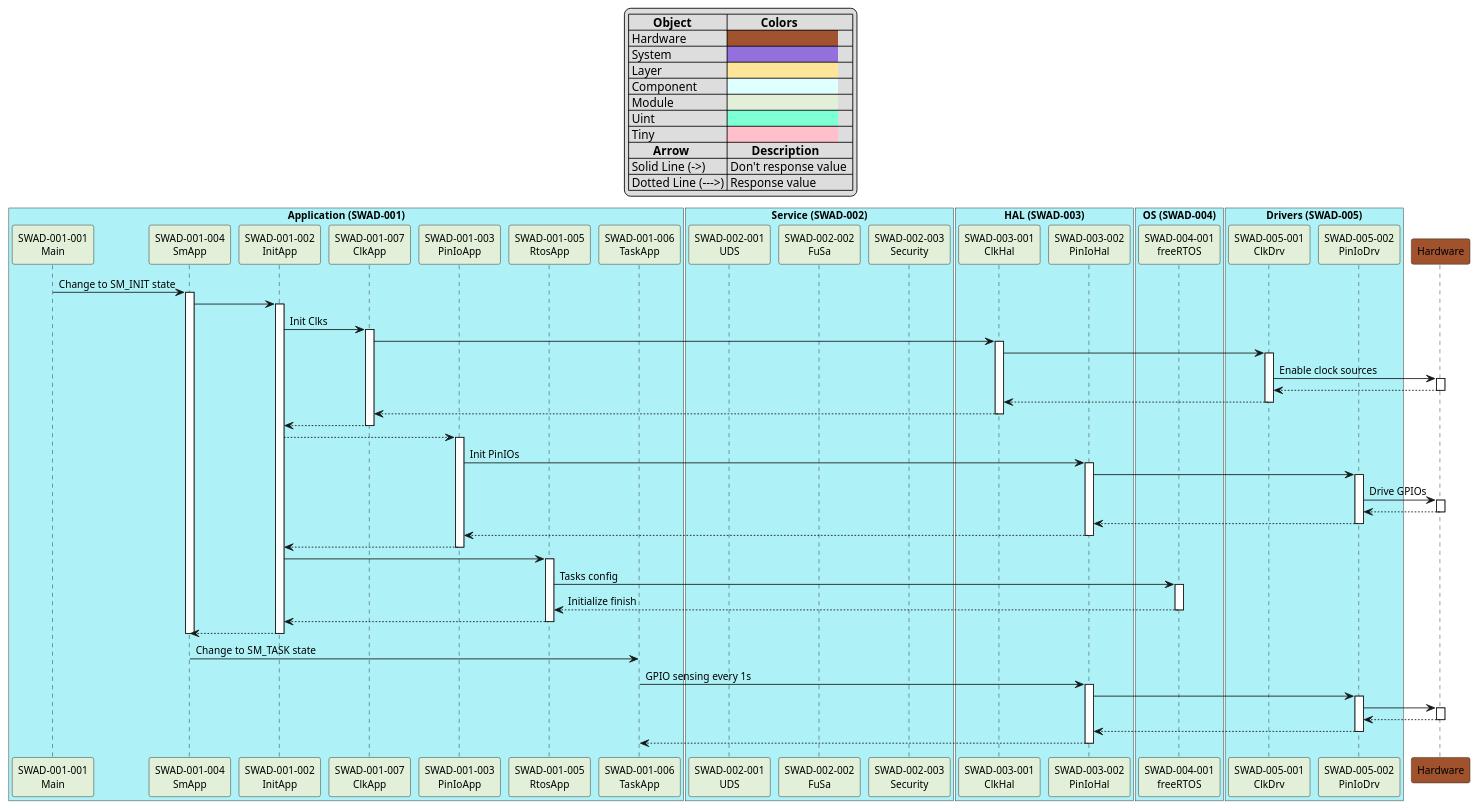
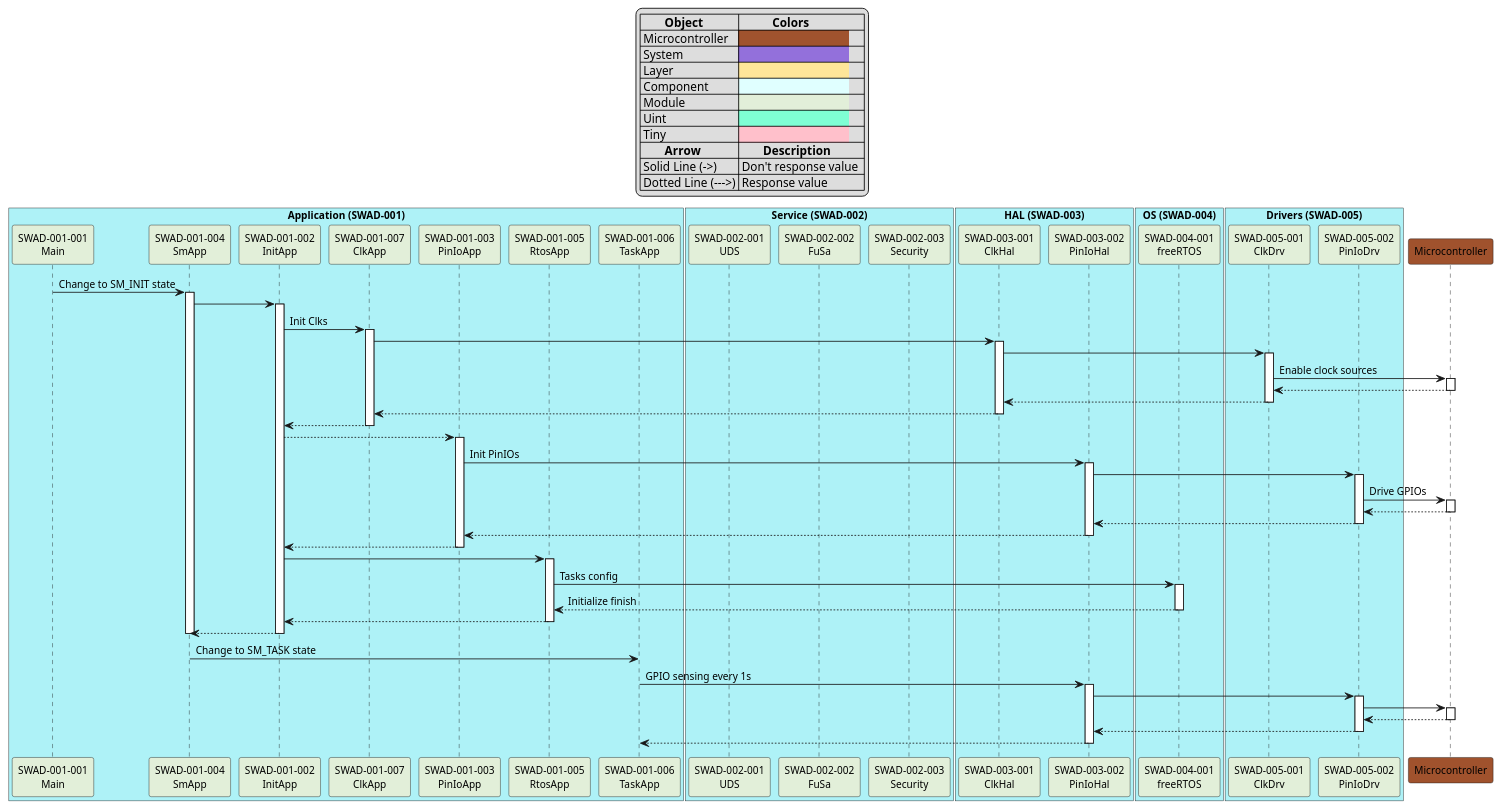
Before and after one commit to FdsLu/SwSeq: the diagram in Dynamic_Software_Architecture.plantuml, drawn with PlantUML.

Commit message:
[Modify] Rename [Modify] 1. Rename Hardware to Microcontroller.

```diff
--- a/Dynamic_Software_Architecture.plantuml
+++ b/Dynamic_Software_Architecture.plantuml
@@ -1,123 +1,123 @@
 @startuml
 '----- Table Description ----
 'Object Colors Setting
 skinparam defaultFontName Arial
 skinparam defaultFontSize 12
 legend top
 |=        Object  |=           Colors  |
-| Hardware  |<back:#A0522D>                                    |
+| Microcontroller  |<back:#A0522D>                                    |
 | System  |<back:#9370DB>                                    |
 | Layer  |<back:#FEE599>                                    |
 | Component |<back:#E0FFFF>                                    |
 | Module |<back:#E2EFD9>                                    |
 | Uint |<back:#7FFFD4>                                    |
 | Tiny |<back:#FFC0CB>                                    |
 'Arrow Function
 |=        Arrow |=        Description |
 | Solid Line (->) | Don't response value  |
 | Dotted Line (--->) | Response value |
 endlegend
 
 '---- Define "Application" component and colors ----
 box "Application (SWAD-001)" #aef2f7
 participant "SWAD-001-001\nMain" as Main #E2EFD9
 participant "SWAD-001-004\nSmApp" as SmApp #E2EFD9
 participant "SWAD-001-002\nInitApp" as InitApp #E2EFD9
 participant "SWAD-001-007\nClkApp" as ClkApp #E2EFD9
 participant "SWAD-001-003\nPinIoApp" as PinIoApp #E2EFD9
 participant "SWAD-001-005\nRtosApp" as RtosApp #E2EFD9
 participant "SWAD-001-006\nTaskApp" as TaskApp #E2EFD9
 end box
 
 '---- Define "Service" component--------------------
 box "Service (SWAD-002)" #aef2f7
 participant "SWAD-002-001\nUDS" as UDS #E2EFD9
 participant "SWAD-002-002\nFuSa" as FuSa #E2EFD9
 participant "SWAD-002-003\nSecurity" as Security #E2EFD9
 end box
 
 '---- Define "HAL" component -----------------------
 box "HAL (SWAD-003)" #aef2f7
 participant "SWAD-003-001\nClkHal" as ClkHal #E2EFD9
 participant "SWAD-003-002\nPinIoHal" as PinIoHal #E2EFD9
 end box
 
 '---- Define "OS" component ------------------------
 box "OS (SWAD-004)" #aef2f7
 participant "SWAD-004-001\nfreeRTOS" as freeRTOS #E2EFD9
 end box
 
 '---- Define "Drivers" component -------------------
 box "Drivers (SWAD-005)" #aef2f7
 participant "SWAD-005-001\nClkDrv" as ClkDrv #E2EFD9
 participant "SWAD-005-002\nPinIoDrv" as PinIoDrv #E2EFD9
 end box
 
 '---- Define "Hardware" layer ----------------------
-participant Hardware #A0522D
+participant Microcontroller #A0522D
 
 '---- Plan modules sequence-------------------------
 Main -> SmApp: Change to SM_INIT state
 activate SmApp
 SmApp -> InitApp
 activate InitApp
 InitApp -> ClkApp: Init Clks
 activate ClkApp
 ClkApp -> ClkHal
 activate ClkHal
 ClkHal -> ClkDrv
 activate  ClkDrv
-ClkDrv -> Hardware: Enable clock sources
-activate Hardware
-Hardware --> ClkDrv
-deactivate Hardware
+ClkDrv -> Microcontroller: Enable clock sources
+activate Microcontroller
+Microcontroller --> ClkDrv
+deactivate Microcontroller
 ClkDrv --> ClkHal
 deactivate ClkDrv 
 ClkHal --> ClkApp
 deactivate ClkHal 
 ClkApp --> InitApp
 deactivate ClkApp 
 InitApp -->PinIoApp 
 activate PinIoApp 
 PinIoApp -> PinIoHal: Init PinIOs
 activate PinIoHal
 PinIoHal -> PinIoDrv
 activate PinIoDrv
-PinIoDrv -> Hardware: Drive GPIOs
-activate Hardware
-Hardware --> PinIoDrv 
-deactivate Hardware
+PinIoDrv -> Microcontroller: Drive GPIOs
+activate Microcontroller
+Microcontroller --> PinIoDrv 
+deactivate Microcontroller
 PinIoDrv --> PinIoHal
 deactivate PinIoDrv
 PinIoHal --> PinIoApp
 deactivate PinIoHal
 PinIoApp --> InitApp
 deactivate PinIoApp 
 InitApp -> RtosApp
 activate  RtosApp
 RtosApp -> freeRTOS: Tasks config
 activate freeRTOS
 freeRTOS --> RtosApp: Initialize finish
 deactivate freeRTOS
 RtosApp --> InitApp
 deactivate RtosApp
 
 InitApp --> SmApp
 deactivate InitApp
 deactivate SmApp
 SmApp -> TaskApp: Change to SM_TASK state
 
 TaskApp -> PinIoHal: GPIO sensing every 1s
 activate PinIoHal
 PinIoHal -> PinIoDrv
 activate PinIoDrv
-PinIoDrv -> Hardware
-activate Hardware
-Hardware --> PinIoDrv
-deactivate Hardware
+PinIoDrv -> Microcontroller
+activate Microcontroller
+Microcontroller --> PinIoDrv
+deactivate Microcontroller
 PinIoDrv --> PinIoHal
 deactivate PinIoDrv
 PinIoHal --> TaskApp 
 deactivate PinIoHal
 '---------------------------------------------------
 @enduml
```
